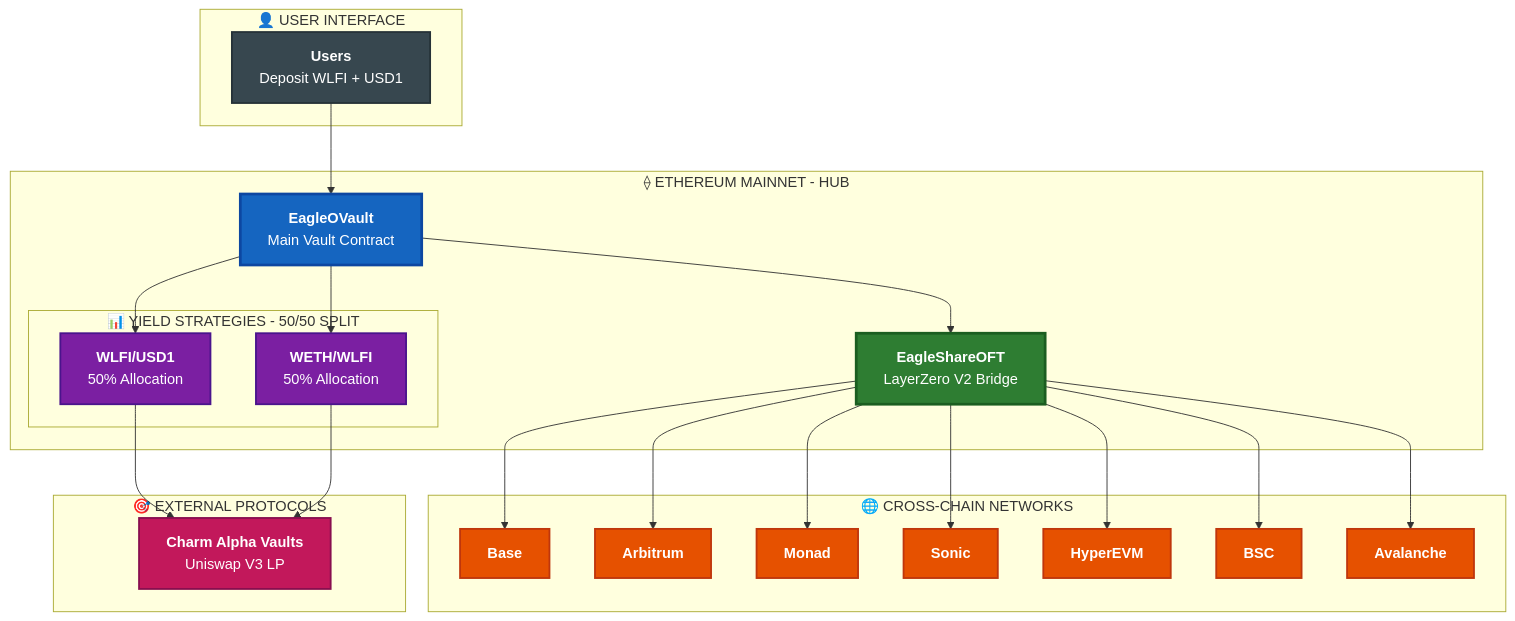
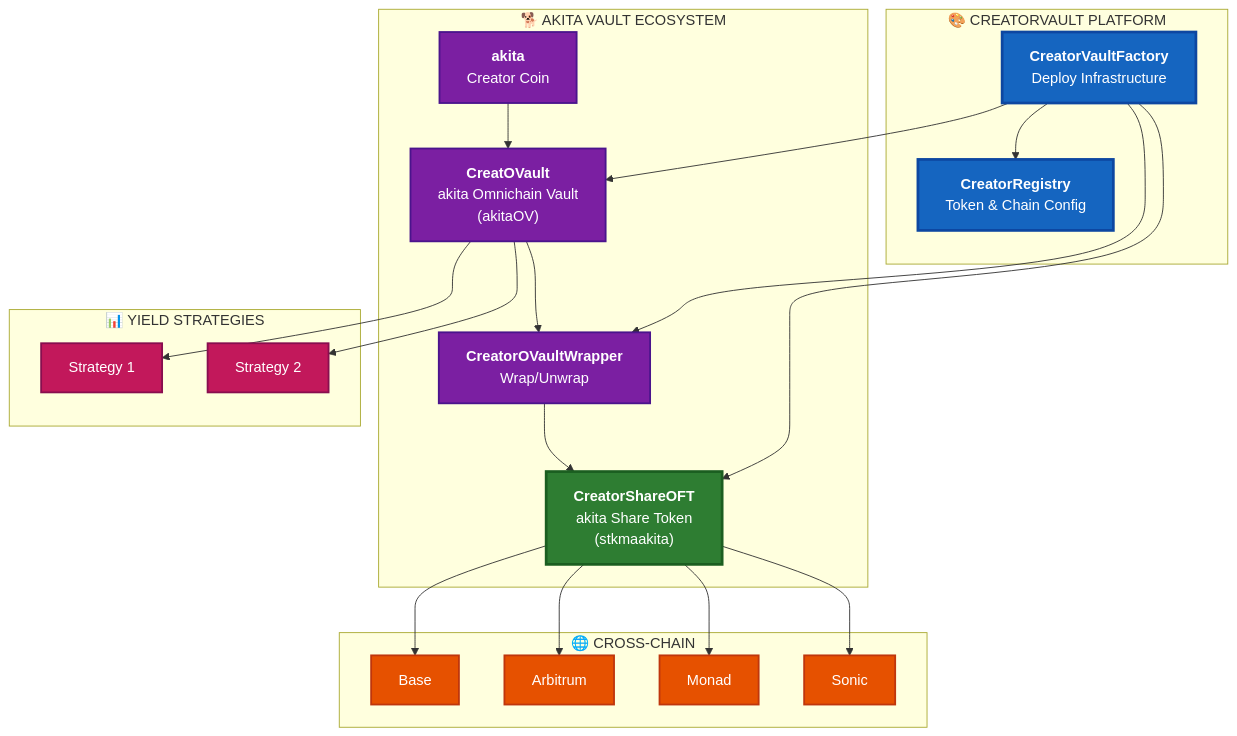
One commit to 4626fun/4626 changed the diagram in README.md. Above: the diagram before and after it, drawn with Mermaid. The commit also changed other lines of this file and 186 other files, not shown here.

First line of the commit message:
Rename project to CreatorVault

````diff
--- a/README.md
+++ b/README.md
@@ -59,65 +38,54 @@
 ```mermaid
 graph TB
-    %% User Interface
-    subgraph UI_LAYER["👤 USER INTERFACE"]
-        UI["<b>Users</b><br/>Deposit WLFI + USD1"]
+    subgraph CreatorVault["🎨 CREATORVAULT PLATFORM"]
+        Registry["<b>CreatorRegistry</b><br/>Token & Chain Config"]
+        Factory["<b>CreatorVaultFactory</b><br/>Deploy Infrastructure"]
     end
 
-    %% Core Protocol
-    subgraph ETH_LAYER["⟠ ETHEREUM MAINNET - HUB"]
-        EV["<b>EagleOVault</b><br/>Main Vault Contract"]
-        ES["<b>EagleShareOFT</b><br/>LayerZero V2 Bridge"]
-
-        subgraph STRATEGIES["📊 YIELD STRATEGIES - 50/50 SPLIT"]
-            S1["<b>WLFI/USD1</b><br/>50% Allocation"]
-            S2["<b>WETH/WLFI</b><br/>50% Allocation"]
-        end
+    subgraph AkitaVault["🐕 AKITA VAULT ECOSYSTEM"]
+        Token["<b>akita</b><br/>Creator Coin"]
+        Vault["<b>CreatOVault</b><br/>akita Omnichain Vault<br/>(akitaOV)"]
+        Wrapper["<b>CreatorOVaultWrapper</b><br/>Wrap/Unwrap"]
+        OFT["<b>CreatorShareOFT</b><br/>akita Share Token<br/>(stkmaakita)"]
     end
 
-    %% Cross-Chain Destinations
-    subgraph CHAINS["🌐 CROSS-CHAIN NETWORKS"]
-        B["<b>Base</b>"]
-        A["<b>Arbitrum</b>"]
-        M["<b>Monad</b>"]
-        SC["<b>Sonic</b>"]
-        H["<b>HyperEVM</b>"]
-        BSC["<b>BSC</b>"]
-        AV["<b>Avalanche</b>"]
+    subgraph Strategies["📊 YIELD STRATEGIES"]
+        S1["Strategy 1"]
+        S2["Strategy 2"]
     end
 
-    %% External Protocols
-    subgraph EXTERNAL["🎯 EXTERNAL PROTOCOLS"]
-        CV["<b>Charm Alpha Vaults</b><br/>Uniswap V3 LP"]
+    subgraph Chains["🌐 CROSS-CHAIN"]
+        Base["Base"]
+        Arb["Arbitrum"]
+        Monad["Monad"]
+        Sonic["Sonic"]
     end
 
-    %% Connections
-    UI --> EV
-    EV --> S1
-    EV --> S2
-    S1 --> CV
-    S2 --> CV
-    EV --> ES
+    Factory --> Vault
+    Factory --> Wrapper
+    Factory --> OFT
+    Factory --> Registry
 
-    ES --> B
-    ES --> A
-    ES --> M
-    ES --> SC
-    ES --> H
-    ES --> BSC
-    ES --> AV
+    Token --> Vault
+    Vault --> Wrapper
+    Wrapper --> OFT
+    Vault --> S1
+    Vault --> S2
 
-    %% High Contrast Styling with dark text
-    classDef vault fill:#1565C0,stroke:#0D47A1,stroke-width:3px,color:#FFFFFF
-    classDef strategy fill:#7B1FA2,stroke:#4A148C,stroke-width:2px,color:#FFFFFF
+    OFT --> Base
+    OFT --> Arb
+    OFT --> Monad
+    OFT --> Sonic
+
+    classDef platform fill:#1565C0,stroke:#0D47A1,stroke-width:3px,color:#FFFFFF
+    classDef vault fill:#7B1FA2,stroke:#4A148C,stroke-width:2px,color:#FFFFFF
     classDef oft fill:#2E7D32,stroke:#1B5E20,stroke-width:3px,color:#FFFFFF
-    classDef network fill:#E65100,stroke:#BF360C,stroke-width:2px,color:#FFFFFF
-    classDef external fill:#C2185B,stroke:#880E4F,stroke-width:2px,color:#FFFFFF
-    classDef ui fill:#37474F,stroke:#263238,stroke-width:2px,color:#FFFFFF
+    classDef chain fill:#E65100,stroke:#BF360C,stroke-width:2px,color:#FFFFFF
+    classDef strategy fill:#C2185B,stroke:#880E4F,stroke-width:2px,color:#FFFFFF
 
-    class EV vault
+    class Registry,Factory platform
+    class Token,Vault,Wrapper vault
+    class OFT oft
+    class Base,Arb,Monad,Sonic chain
     class S1,S2 strategy
-    class ES oft
-    class B,A,M,SC,H,BSC,AV network
-    class CV external
-    class UI ui
 ```
````
